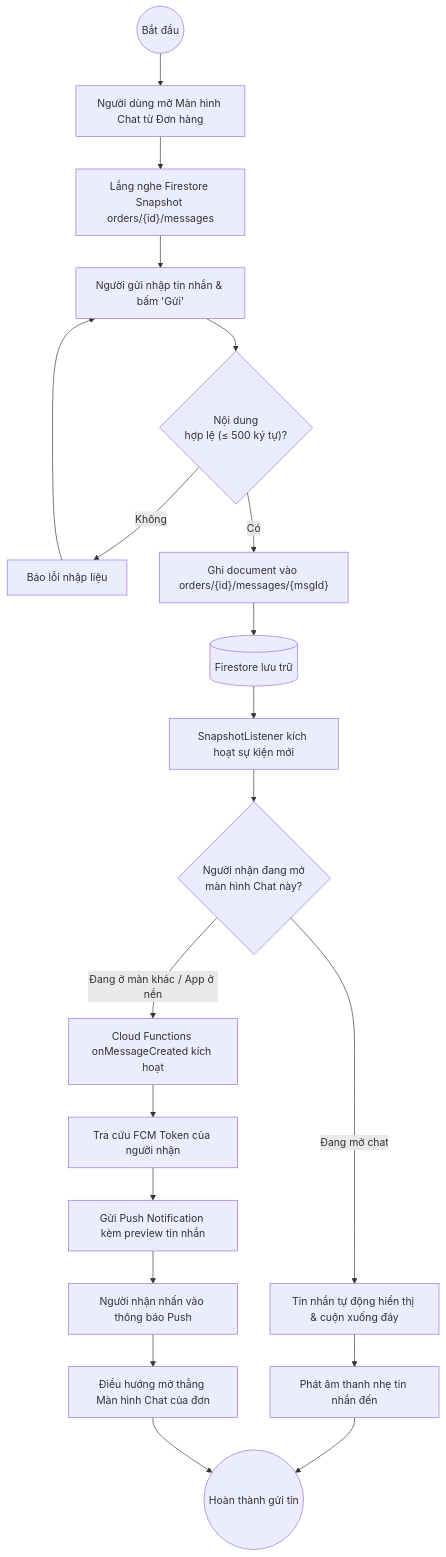
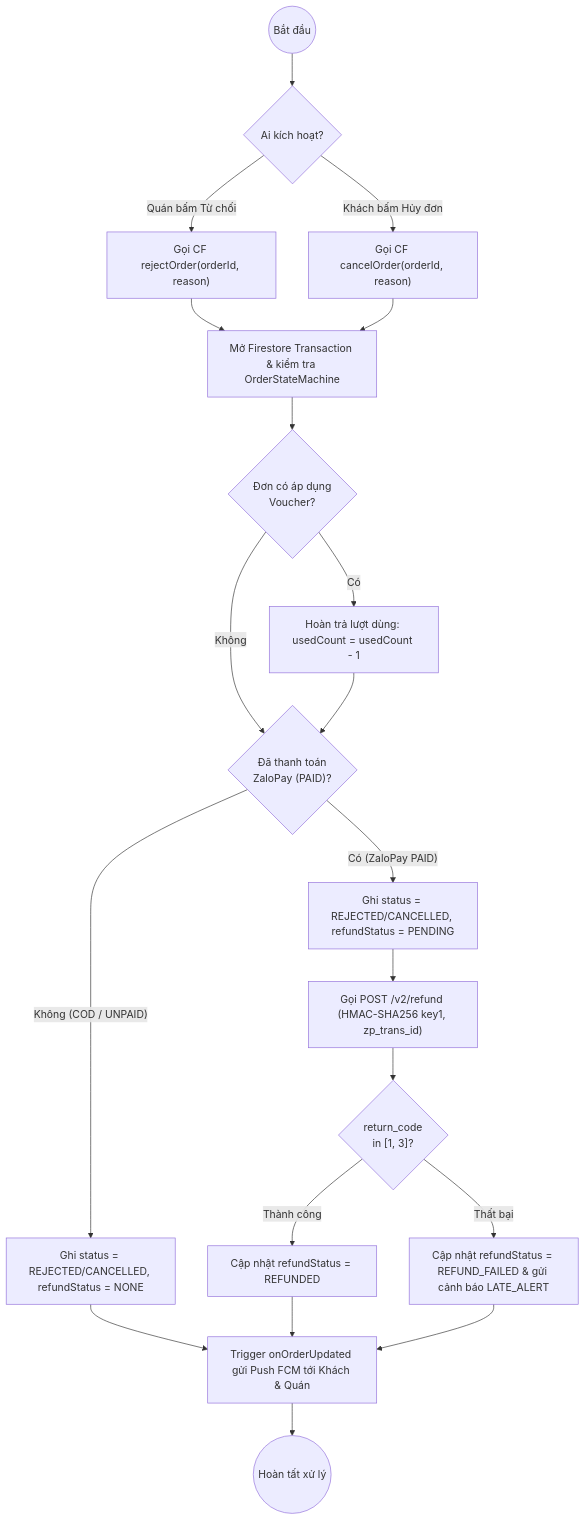
One commit to thanhpino/MobileAppFinalProject-MiaoSong changed the third of 5 diagrams in docs/05-activity-diagrams.md. Above: the diagram before and after it, drawn with Mermaid. The commit also changed other lines of this file and 10 other files, not shown here.

Commit message:
docs(freeze): sync all diagrams/ERD/API contracts with code & add interactive Archify flow HTML

````diff
--- a/docs/05-activity-diagrams.md
+++ b/docs/05-activity-diagrams.md
@@ -163,29 +163,27 @@
 ```mermaid
 flowchart TD
-    START((Bắt đầu)) --> OPEN_CHAT["Người dùng mở Màn hình Chat từ Đơn hàng"]
-    OPEN_CHAT --> LISTEN_MSG["Lắng nghe Firestore Snapshot orders/{id}/messages"]
-    
-    LISTEN_MSG --> INPUT_MSG["Người gửi nhập tin nhắn & bấm 'Gửi'"]
-    INPUT_MSG --> VALIDATE_TEXT{"Nội dung<br/>hợp lệ (≤ 500 ký tự)?"}
-    
-    VALIDATE_TEXT -- "Không" --> WARN_INPUT["Báo lỗi nhập liệu"]
-    WARN_INPUT --> INPUT_MSG
-    
-    VALIDATE_TEXT -- "Có" --> WRITE_FS["Ghi document vào orders/{id}/messages/{msgId}"]
-    WRITE_FS --> FS_STORE[("Firestore lưu trữ")]
-    
-    FS_STORE --> REALTIME_EVENT["SnapshotListener kích hoạt sự kiện mới"]
-    REALTIME_EVENT --> RECV_ACTIVE{"Người nhận đang mở<br/>màn hình Chat này?"}
-    
-    RECV_ACTIVE -- "Đang mở chat" --> UI_RENDER["Tin nhắn tự động hiển thị & cuộn xuống đáy"]
-    UI_RENDER --> PLAY_POPO["Phát âm thanh nhẹ tin nhắn đến"]
-    
-    RECV_ACTIVE -- "Đang ở màn khác / App ở nền" --> TRIGGER_CF["Cloud Functions onMessageCreated kích hoạt"]
-    TRIGGER_CF --> LOOKUP_FCM["Tra cứu FCM Token của người nhận"]
-    LOOKUP_FCM --> SEND_FCM_NOTI["Gửi Push Notification kèm preview tin nhắn"]
-    SEND_FCM_NOTI --> RECV_TAP["Người nhận nhấn vào thông báo Push"]
-    RECV_TAP --> NAV_DEEPLINK["Điều hướng mở thẳng Màn hình Chat của đơn"]
-    
-    PLAY_POPO --> END_CHAT((Hoàn thành gửi tin))
-    NAV_DEEPLINK --> END_CHAT
+    START((Bắt đầu)) --> ACTOR{"Ai kích hoạt?"}
+    ACTOR -- "Quán bấm Từ chối" --> REJECT_CMD["Gọi CF rejectOrder(orderId, reason)"]
+    ACTOR -- "Khách bấm Hủy đơn" --> CANCEL_CMD["Gọi CF cancelOrder(orderId, reason)"]
+
+    REJECT_CMD --> TX_CHECK["Mở Firestore Transaction & kiểm tra OrderStateMachine"]
+    CANCEL_CMD --> TX_CHECK
+
+    TX_CHECK --> HAS_VOUCHER{"Đơn có áp dụng<br/>Voucher?"}
+    HAS_VOUCHER -- "Có" --> RESTORE_VOU["Hoàn trả lượt dùng: usedCount = usedCount - 1"]
+    HAS_VOUCHER -- "Không" --> CHECK_PAID{"Đã thanh toán<br/>ZaloPay (PAID)?"}
+    RESTORE_VOU --> CHECK_PAID
+
+    CHECK_PAID -- "Không (COD / UNPAID)" --> COMMIT_NONE["Ghi status = REJECTED/CANCELLED, refundStatus = NONE"]
+    CHECK_PAID -- "Có (ZaloPay PAID)" --> COMMIT_PENDING["Ghi status = REJECTED/CANCELLED, refundStatus = PENDING"]
+
+    COMMIT_PENDING --> CALL_ZLP["Gọi POST /v2/refund (HMAC-SHA256 key1, zp_trans_id)"]
+    CALL_ZLP --> ZLP_OK{"return_code<br/>in [1, 3]?"}
+    ZLP_OK -- "Thành công" --> SET_REFUNDED["Cập nhật refundStatus = REFUNDED"]
+    ZLP_OK -- "Thất bại" --> SET_FAILED["Cập nhật refundStatus = REFUND_FAILED & gửi cảnh báo LATE_ALERT"]
+
+    COMMIT_NONE --> PUSH_FCM["Trigger onOrderUpdated gửi Push FCM tới Khách & Quán"]
+    SET_REFUNDED --> PUSH_FCM
+    SET_FAILED --> PUSH_FCM
+    PUSH_FCM --> END_REFUND((Hoàn tất xử lý))
 ```
````
